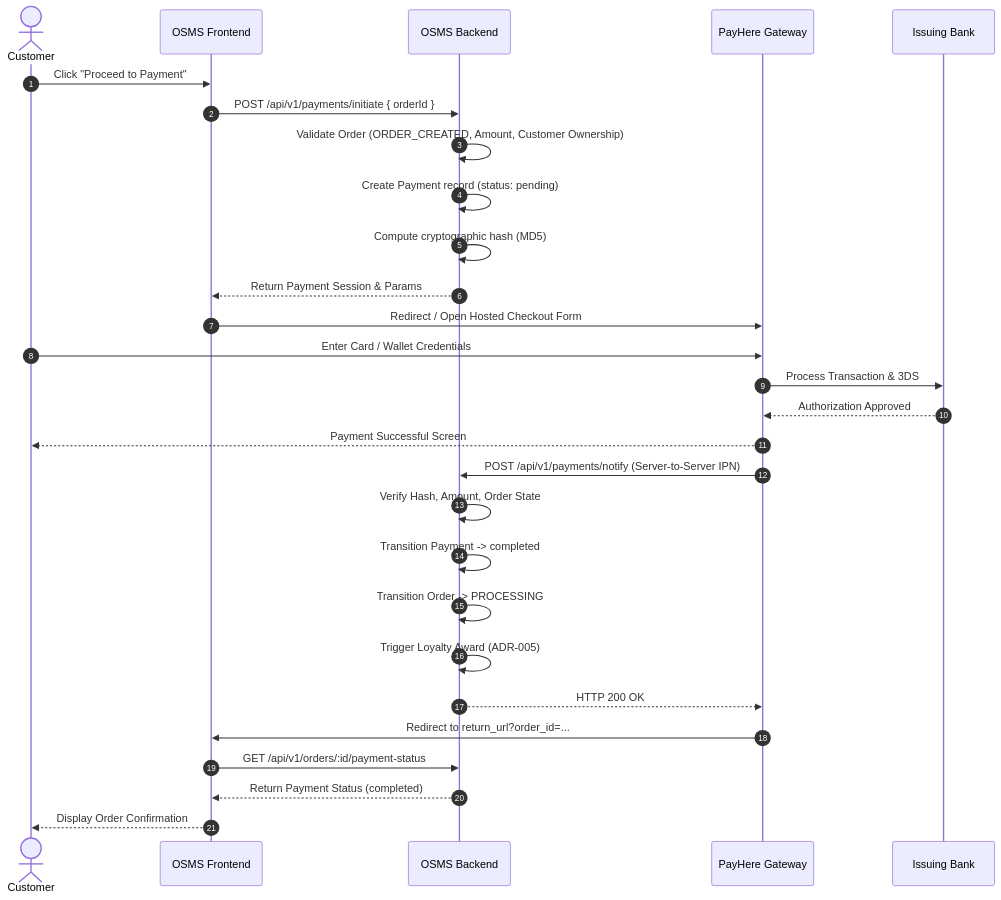
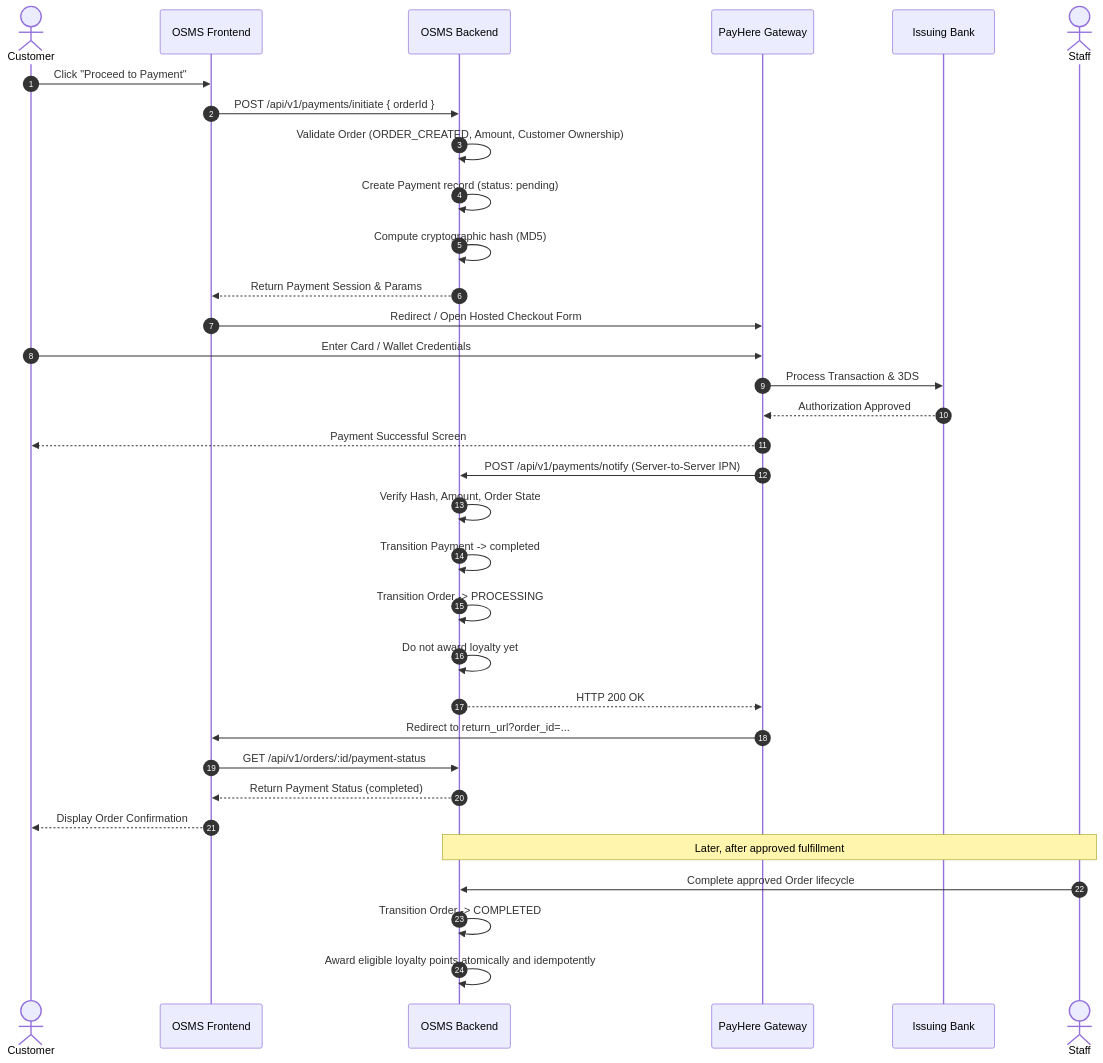
Before and after one commit to darshana-opticals-osms/documents: the first of 3 diagrams in adr/ADR-011-secure-payment-gateway-integration.md, drawn with Mermaid. The commit also changed other lines of this file and 1 other file, not shown here.

Commit message:
docs(adr): align loyalty rounding, refunds and award lifecycle

````diff
--- a/adr/ADR-011-secure-payment-gateway-integration.md
+++ b/adr/ADR-011-secure-payment-gateway-integration.md
@@ -183,31 +187,36 @@
 ```mermaid
 sequenceDiagram
     autonumber
     actor Customer
     participant Frontend as OSMS Frontend
     participant Backend as OSMS Backend
     participant PayHere as PayHere Gateway
     participant Bank as Issuing Bank
+    actor Staff
 
     Customer->>Frontend: Click "Proceed to Payment"
     Frontend->>Backend: POST /api/v1/payments/initiate { orderId }
     Backend->>Backend: Validate Order (ORDER_CREATED, Amount, Customer Ownership)
     Backend->>Backend: Create Payment record (status: pending)
     Backend->>Backend: Compute cryptographic hash (MD5)
     Backend-->>Frontend: Return Payment Session & Params
     Frontend->>PayHere: Redirect / Open Hosted Checkout Form
     Customer->>PayHere: Enter Card / Wallet Credentials
     PayHere->>Bank: Process Transaction & 3DS
     Bank-->>PayHere: Authorization Approved
     PayHere-->>Customer: Payment Successful Screen
     PayHere->>Backend: POST /api/v1/payments/notify (Server-to-Server IPN)
     Backend->>Backend: Verify Hash, Amount, Order State
     Backend->>Backend: Transition Payment -> completed
     Backend->>Backend: Transition Order -> PROCESSING
-    Backend->>Backend: Trigger Loyalty Award (ADR-005)
+    Backend->>Backend: Do not award loyalty yet
     Backend-->>PayHere: HTTP 200 OK
     PayHere->>Frontend: Redirect to return_url?order_id=...
     Frontend->>Backend: GET /api/v1/orders/:id/payment-status
     Backend-->>Frontend: Return Payment Status (completed)
     Frontend-->>Customer: Display Order Confirmation
+    Note over Staff,Backend: Later, after approved fulfillment
+    Staff->>Backend: Complete approved Order lifecycle
+    Backend->>Backend: Transition Order -> COMPLETED
+    Backend->>Backend: Award eligible loyalty points atomically and idempotently
 ```
````
